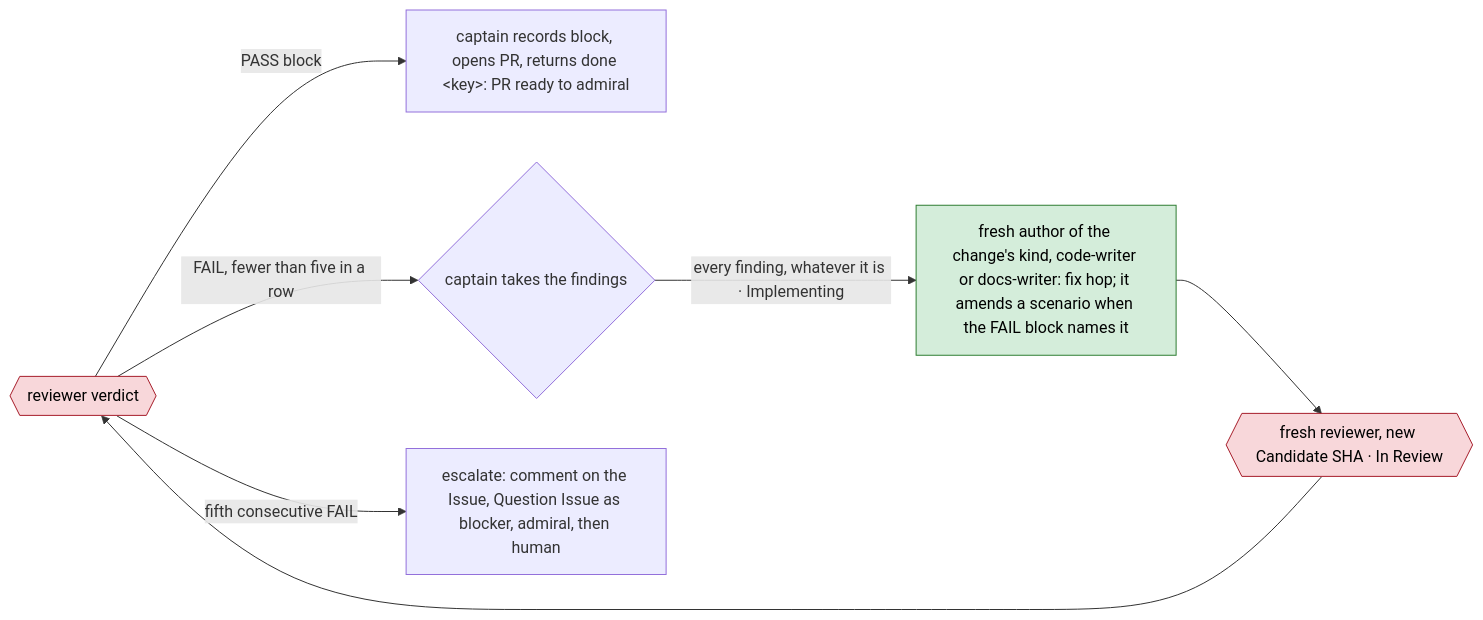
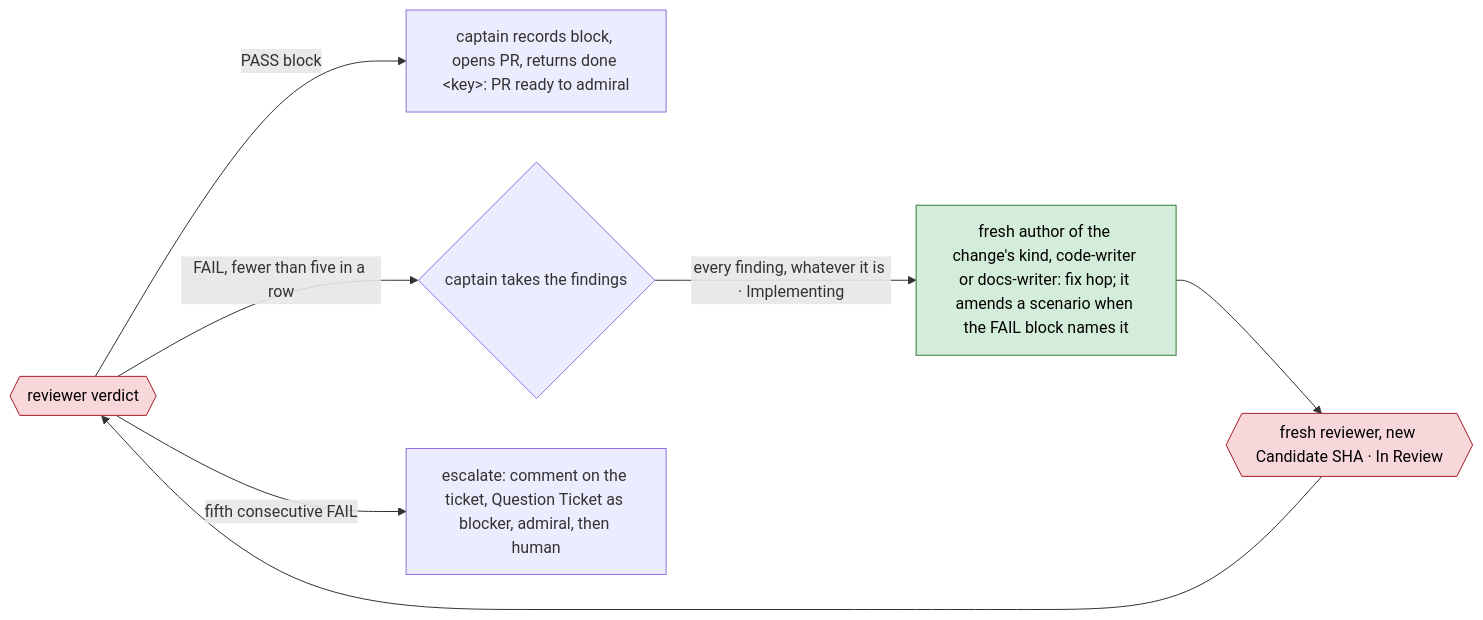
One commit to bodnarbalazs/dydo changed the sixth of 12 diagrams in dydo/understand/control-flow.md. Above: the diagram before and after it, drawn with Mermaid. The commit also changed other lines of this file and 4 other files, not shown here.

````diff
--- a/dydo/understand/control-flow.md
+++ b/dydo/understand/control-flow.md
@@ -477,11 +477,11 @@
 ```mermaid
 flowchart LR
   classDef crew fill:#d4edda,stroke:#2e7d32,color:#000
   classDef reviewer fill:#f8d7da,stroke:#a71d2a,color:#000
   RV{{reviewer verdict}}:::reviewer -->|PASS block| OK[captain records block, opens PR, returns done &lt;key&gt;: PR ready to admiral]
   RV -->|"FAIL, fewer than five in a row"| RT{captain takes the findings}
   RT -->|"every finding, whatever it is · Implementing"| IM[fresh author of the change's kind, code-writer or docs-writer: fix hop; it amends a scenario when the FAIL block names it]:::crew
   IM --> FR{{fresh reviewer, new Candidate SHA · In Review}}:::reviewer
   FR --> RV
-  RV -->|fifth consecutive FAIL| ESC[escalate: comment on the Issue, Question Issue as blocker, admiral, then human]
+  RV -->|fifth consecutive FAIL| ESC[escalate: comment on the ticket, Question Ticket as blocker, admiral, then human]
 ```
````
